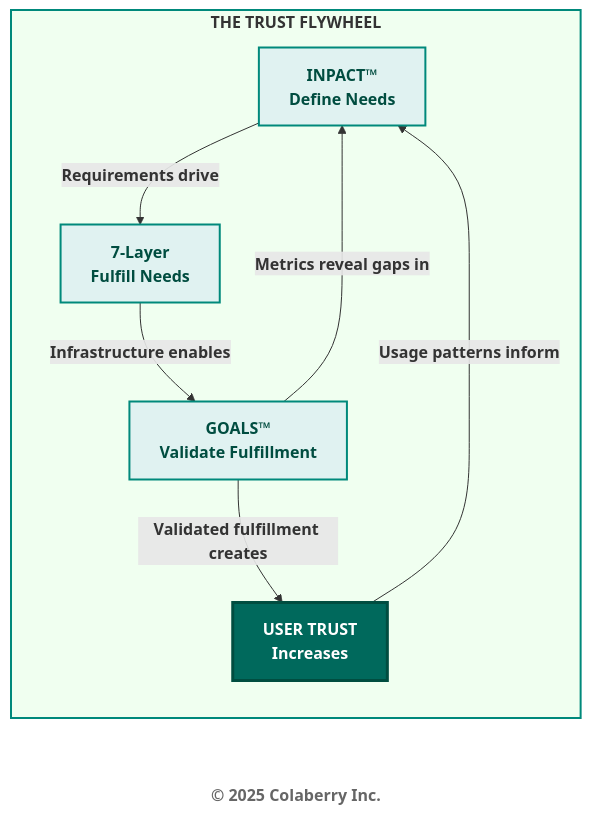
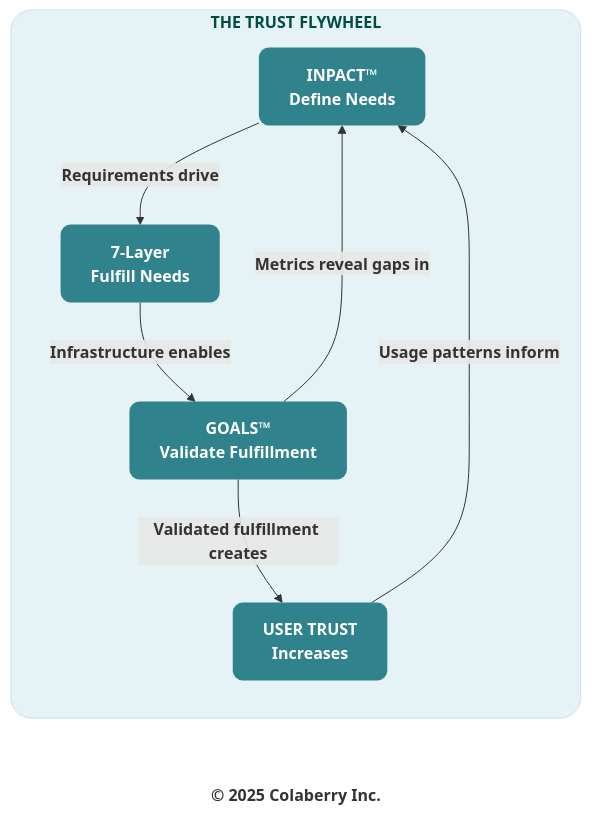
One commit to saitejesh-cyber/trust-before-intelligence-book changed diagram 13 of 14 in manuscript/08_chapter_7_goals_framework.md. Above: the diagram before and after it, drawn with Mermaid. The commit also changed other lines of this file and 7 other files, not shown here.

Commit message:
Chapter 6to13: Updated mermaid diagrams based on new colaberry color code

````diff
--- a/manuscript/08_chapter_7_goals_framework.md
+++ b/manuscript/08_chapter_7_goals_framework.md
@@ -1501,24 +1501,24 @@
 ```mermaid
 graph LR
     subgraph FLYWHEEL["<b>THE TRUST FLYWHEEL</b>"]
         INPACT["<b>INPACT™</b><br/><b>Define Needs</b>"]
         LAYERS["<b>7-Layer</b><br/><b>Fulfill Needs</b>"]
         GOALS["<b>GOALS™</b><br/><b>Validate Fulfillment</b>"]
         TRUST["<b>USER TRUST</b><br/><b>Increases</b>"]
         
         INPACT -->|<b>Requirements drive</b>| LAYERS
         LAYERS -->|<b>Infrastructure enables</b>| GOALS
         GOALS -->|<b>Metrics reveal gaps in</b>| INPACT
         GOALS -->|<b>Validated fulfillment creates</b>| TRUST
         TRUST -->|<b>Usage patterns inform</b>| INPACT
     end
     
-    style FLYWHEEL fill:#f0fff0,stroke:#00897b,stroke-width:2px
-    style INPACT fill:#e0f2f1,stroke:#00897b,stroke-width:2px,color:#004d40
-    style LAYERS fill:#e0f2f1,stroke:#00897b,stroke-width:2px,color:#004d40
-    style GOALS fill:#e0f2f1,stroke:#00897b,stroke-width:2px,color:#004d40
-    style TRUST fill:#00695c,color:#ffffff,stroke:#004d40,stroke-width:3px
+    style FLYWHEEL fill:#e6f3f6,stroke:#c7e3ea,stroke-width:1px,color:#004d40,rx:20,ry:20
+    style INPACT fill:#30838C,stroke:none,color:#ffffff,rx:10,ry:10
+    style LAYERS fill:#30838C,stroke:none,color:#ffffff,rx:10,ry:10
+    style GOALS fill:#30838C,stroke:none,color:#ffffff,rx:10,ry:10
+    style TRUST fill:#30838C,stroke:none,color:#ffffff,rx:10,ry:10
     
     Copyright["<b>© 2025 Colaberry Inc.</b>"]
-    style Copyright fill:#ffffff,stroke:none,color:#666666
+    style Copyright fill:none,stroke:none,color:#333333
 ```
````
